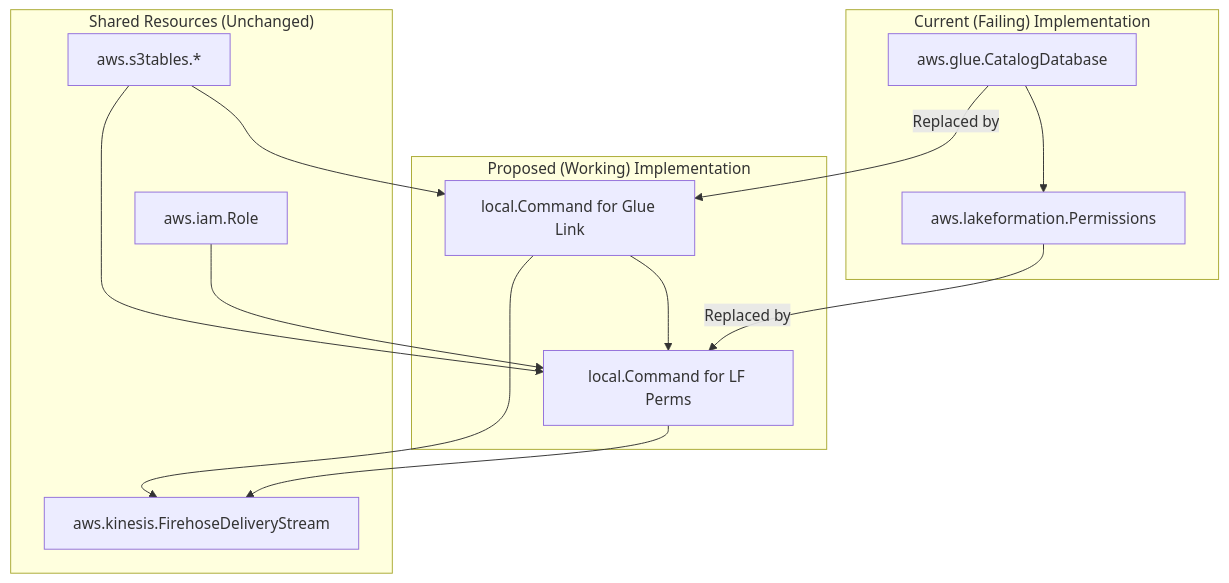
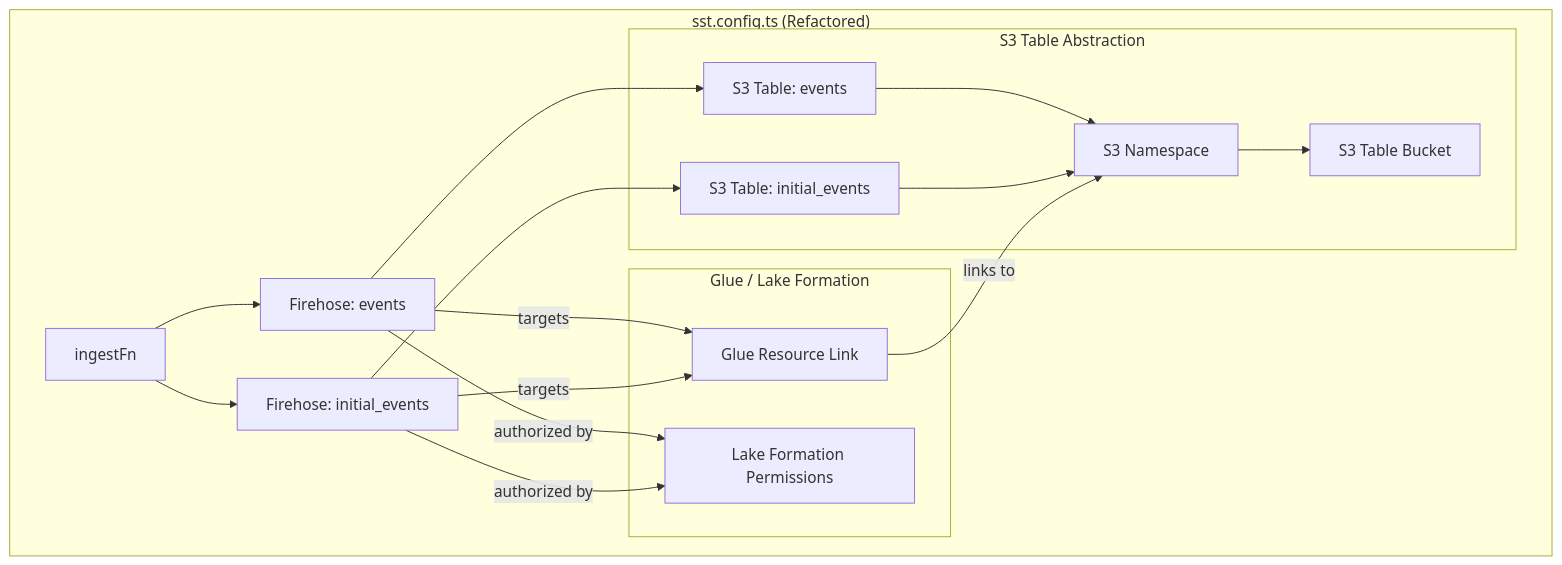
Before and after one commit to lefnire/topupanalytics: the second of 2 diagrams in s3tables-migration-plan.md, drawn with Mermaid. The commit also changed other lines of this file and 4 other files, not shown here.

Commit message:
sst.config.ts use s3 tables setup from sst.s3tables

````diff
--- a/s3tables-migration-plan.md
+++ b/s3tables-migration-plan.md
@@ -16,24 +25,26 @@
 ```mermaid
 graph TD
-    subgraph "Current (Failing) Implementation"
-        A[aws.glue.CatalogDatabase] --> B[aws.lakeformation.Permissions]
+    subgraph "sst.config.ts (Refactored)"
+        A[ingestFn] --> F1[Firehose: events]
+        A --> F2[Firehose: initial_events]
+        
+        subgraph "S3 Table Abstraction"
+            G[S3 Table: events]
+            H[S3 Table: initial_events]
+            I[S3 Namespace]
+            J[S3 Table Bucket]
+        end
+
+        subgraph "Glue / Lake Formation"
+            K[Glue Resource Link]
+            L[Lake Formation Permissions]
+        end
+
+        F1 --> G
+        F2 --> H
+        G & H --> I --> J
+        F1 & F2 -- targets --> K
+        K -- links to --> I
+        F1 & F2 -- authorized by --> L
     end
-
-    subgraph "Proposed (Working) Implementation"
-        C[local.Command for Glue Link] --> D[local.Command for LF Perms]
-    end
-
-    subgraph "Shared Resources (Unchanged)"
-        E[aws.s3tables.*]
-        F[aws.iam.Role]
-        G[aws.kinesis.FirehoseDeliveryStream]
-    end
-
-    A -- Replaced by --> C
-    B -- Replaced by --> D
-    E --> C
-    E --> D
-    F --> D
-    C --> G
-    D --> G
 ```
````
